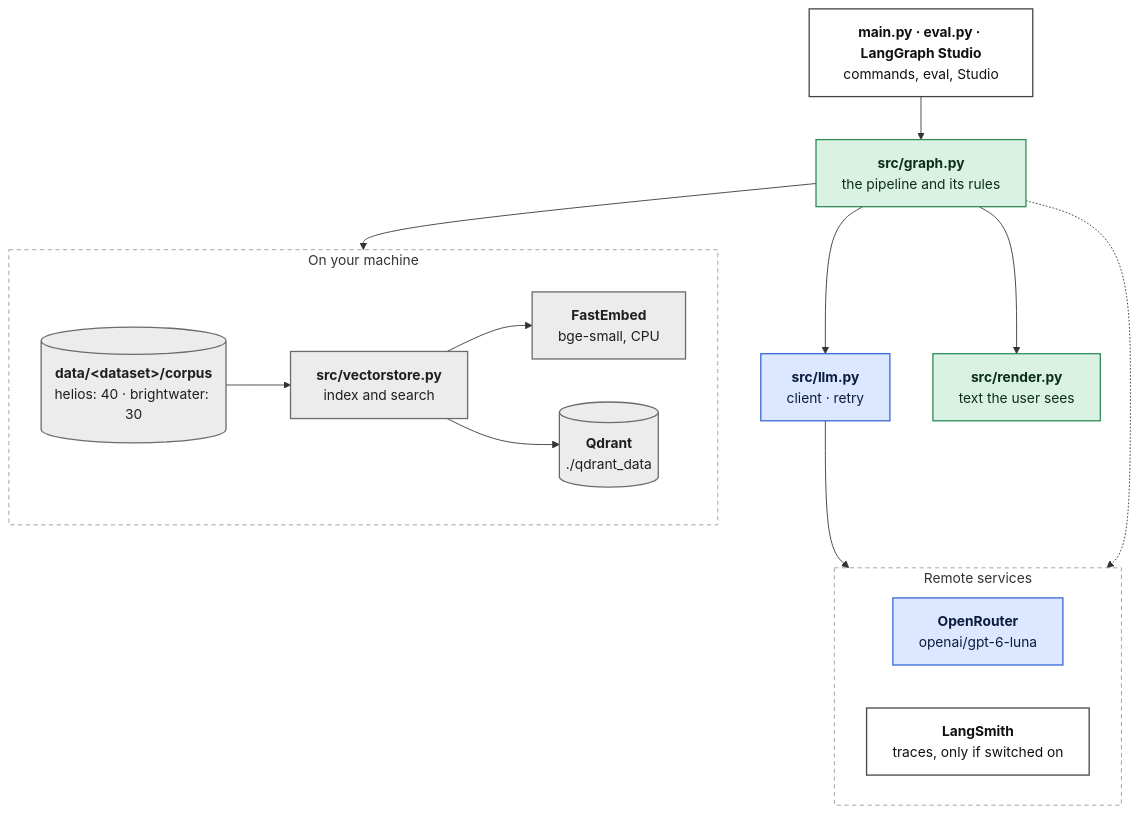
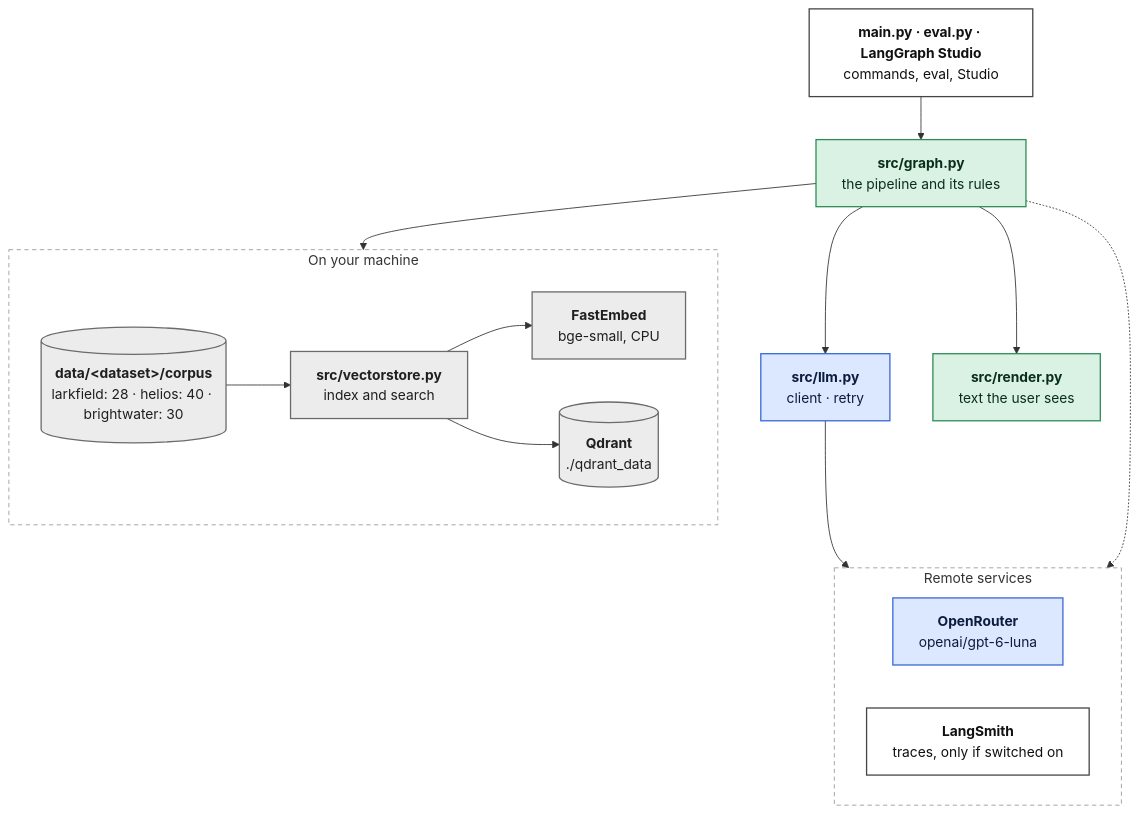
Before and after one commit to chrzanowski000/AICONIC-CRAG: the first of 2 diagrams in docs/architecture.md, drawn with Mermaid. The commit also changed other lines of this file and 13 other files, not shown here.

````diff
--- a/docs/architecture.md
+++ b/docs/architecture.md
@@ -20,35 +20,35 @@
 ```mermaid
 flowchart TB
     CLI["<b>main.py · eval.py · LangGraph Studio</b><br/>commands, eval, Studio"]:::io
     G["<b>src/graph.py</b><br/>the pipeline and its rules"]:::code
     subgraph local [" On your machine "]
         direction LR
         VS["<b>src/vectorstore.py</b><br/>index and search"]:::local
         EMB["<b>FastEmbed</b><br/>bge-small, CPU"]:::local
         QD[("<b>Qdrant</b><br/>./qdrant_data")]:::local
-        DOCS[("<b>data/&lt;dataset&gt;/corpus</b><br/>helios: 40 · brightwater: 30")]:::local
+        DOCS[("<b>data/&lt;dataset&gt;/corpus</b><br/>larkfield: 28 · helios: 40 · brightwater: 30")]:::local
     end
     LLM["<b>src/llm.py</b><br/>client · retry"]:::llm
     R["<b>src/render.py</b><br/>text the user sees"]:::code
     subgraph remote [" Remote services "]
         direction LR
         OR["<b>OpenRouter</b><br/>openai/gpt-6-luna"]:::llm
         LS["<b>LangSmith</b><br/>traces, only if switched on"]:::io
     end
     CLI --> G
     G --> VS
     G --> LLM
     G --> R
     DOCS --> VS
     VS --> EMB
     VS --> QD
     LLM --> OR
     G -.-> LS
 
     classDef llm fill:#dbe8ff,stroke:#3867d6,stroke-width:1.5px,color:#0d1b3e
     classDef code fill:#d9f2e3,stroke:#2e8b57,stroke-width:1.5px,color:#0b2e1a
     classDef local fill:#ececec,stroke:#6b6b6b,stroke-width:1.5px,color:#1f1f1f
     classDef io fill:#ffffff,stroke:#444444,stroke-width:1.5px,color:#111111
     style local fill:transparent,stroke:#999999,stroke-dasharray:5 4
     style remote fill:transparent,stroke:#999999,stroke-dasharray:5 4
 ```
````
